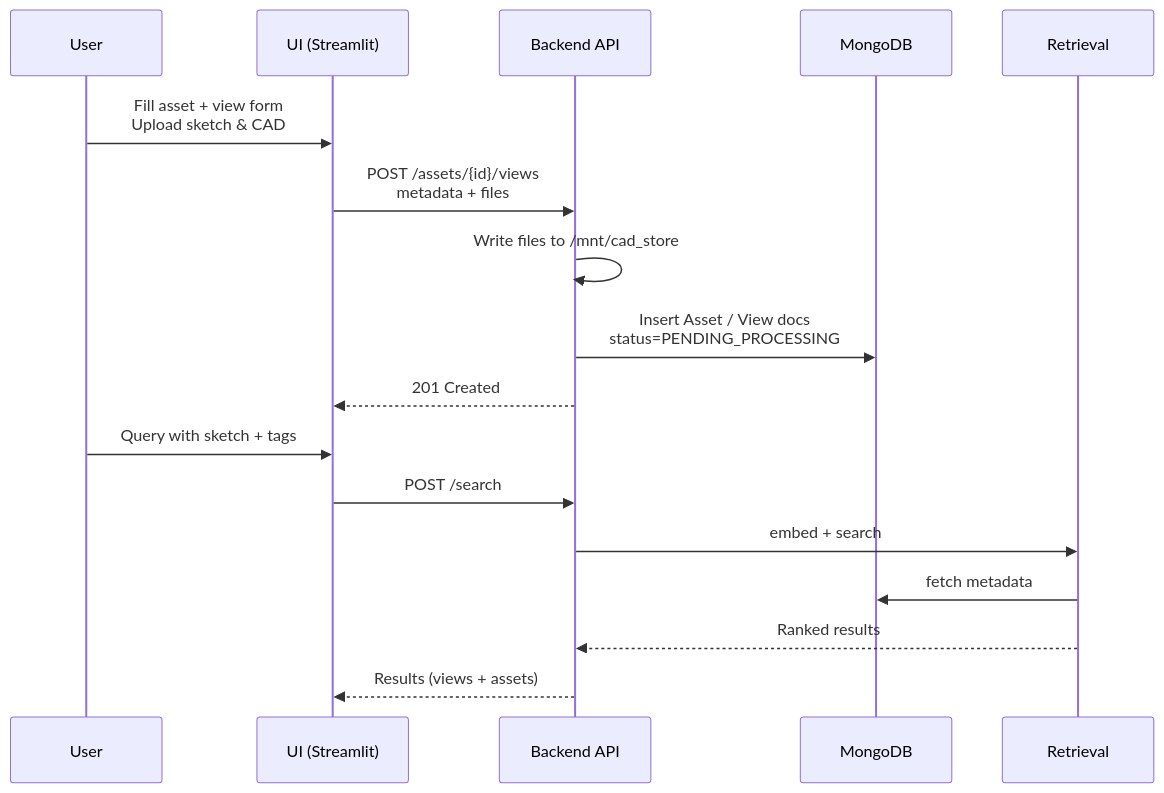
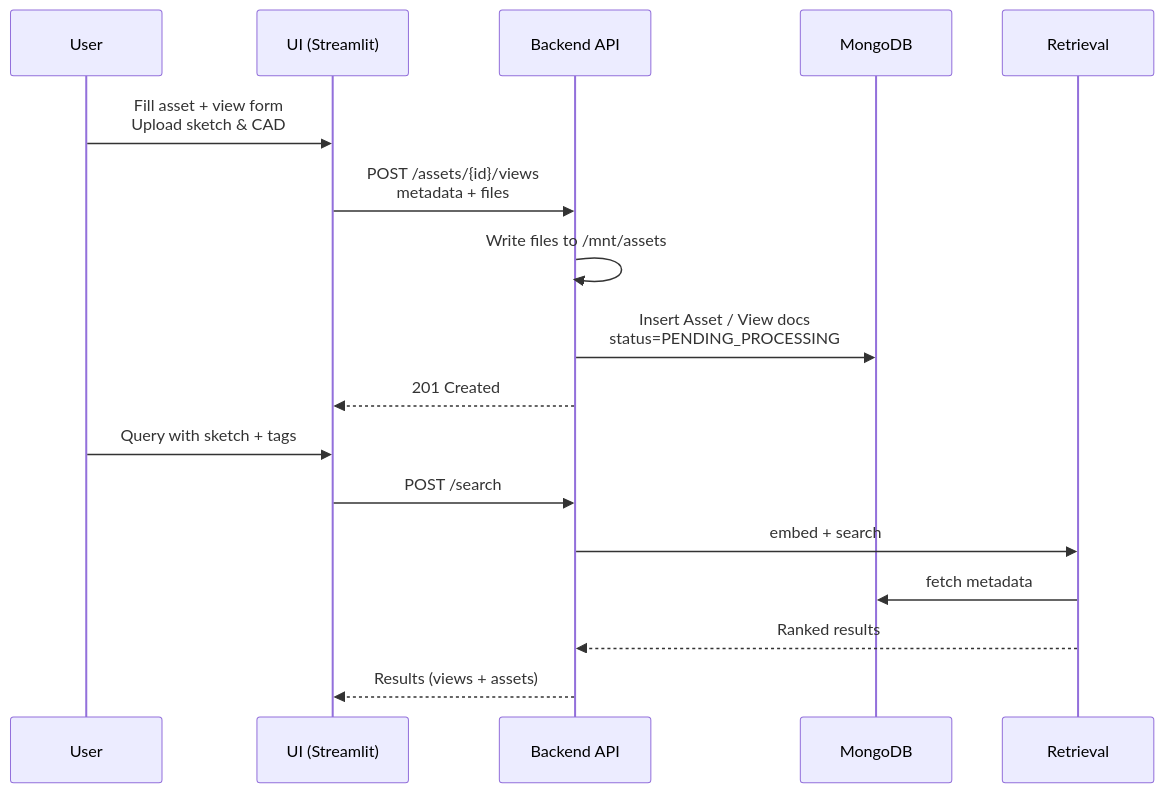
Before and after one commit to SKETSXR/archimera-v2: the second of 3 diagrams in docs/cad_retrieval_architecture.md, drawn with Mermaid. The commit also changed other lines of this file and 1 other file, not shown here.

````diff
--- a/docs/cad_retrieval_architecture.md
+++ b/docs/cad_retrieval_architecture.md
@@ -107,20 +107,20 @@
 ```mermaid
 sequenceDiagram
     participant User
     participant UI as UI (Streamlit)
     participant BE as Backend API
     participant Mongo as MongoDB
 
     User->>UI: Fill asset + view form<br/>Upload sketch & CAD
     UI->>BE: POST /assets/{id}/views<br/>metadata + files
-    BE->>BE: Write files to /mnt/cad_store
+    BE->>BE: Write files to /mnt/assets
     BE->>Mongo: Insert Asset / View docs<br/>status=PENDING_PROCESSING
     BE-->>UI: 201 Created
 
     User->>UI: Query with sketch + tags
     UI->>BE: POST /search
     BE->>Retrieval: embed + search
     Retrieval->>Mongo: fetch metadata
     Retrieval-->>BE: Ranked results
     BE-->>UI: Results (views + assets)
 ```
````
